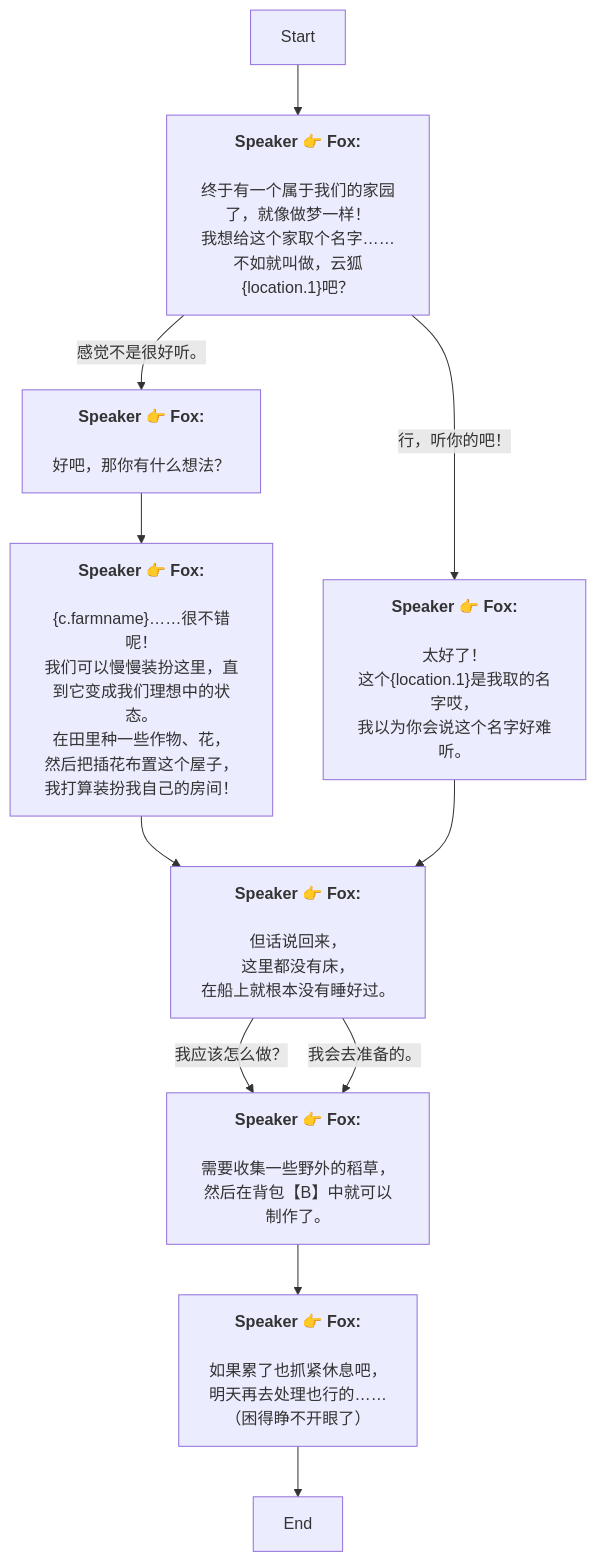
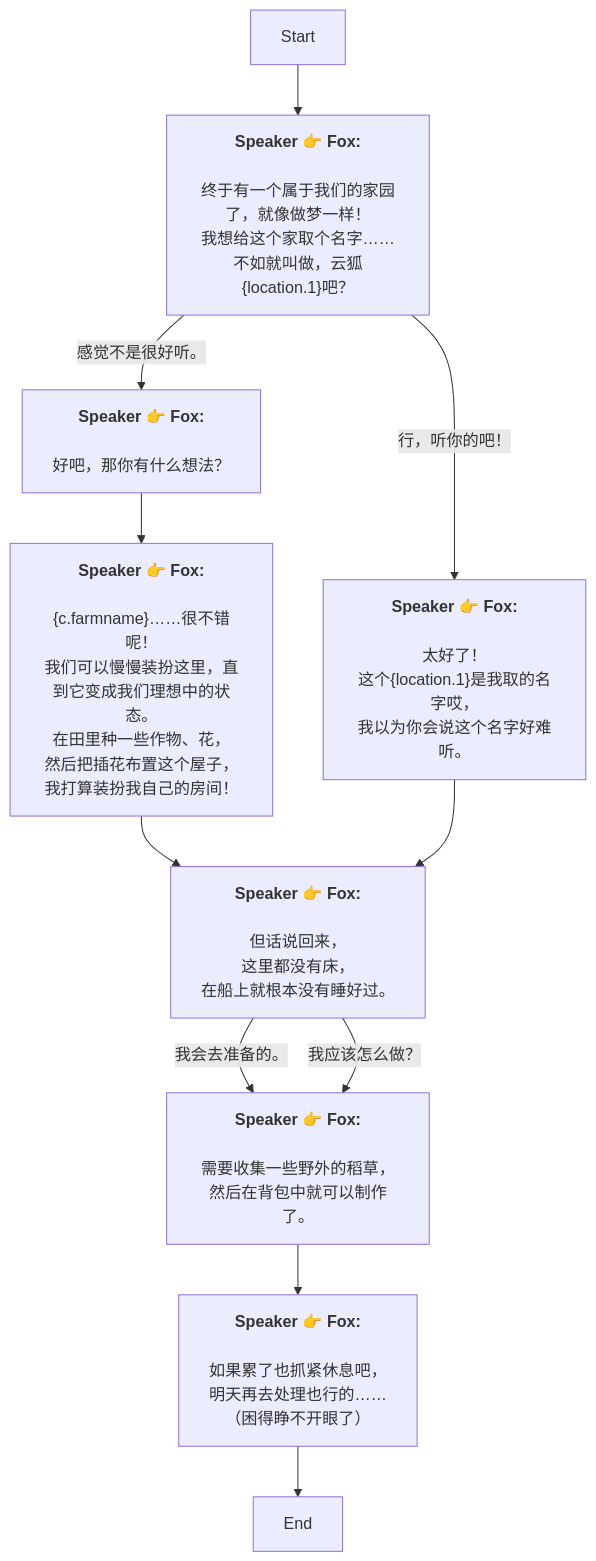
Before and after one commit to SoftHu/tos_avg: the diagram in Zh/QuestApproachDialogNode_1738387322740858.md, drawn with Mermaid. The commit also changed 780 other files, not shown here.

````diff
--- a/Zh/QuestApproachDialogNode_1738387322740858.md
+++ b/Zh/QuestApproachDialogNode_1738387322740858.md
@@ -1,37 +1,37 @@
 ```mermaid
 graph
 Start -->1738387958398078[<b>Speaker 👉 Fox:</b>
 \n终于有一个属于我们的家园了，就像做梦一样！
 我想给这个家取个名字……\n不如就叫做，云狐&lbrace;location.1&rbrace;吧？]
-1738387958398078 -->|感觉不是很好听。|1738388286156932[<b>Speaker 👉 Fox:</b>
-\n好吧，那你有什么想法？]
 1738387958398078 -->|行，听你的吧！|1738388341011589[<b>Speaker 👉 Fox:</b>
 \n太好了！
 这个&lbrace;location.1&rbrace;是我取的名字哎，
 我以为你会说这个名字好难听。]
+1738387958398078 -->|感觉不是很好听。|1738388286156932[<b>Speaker 👉 Fox:</b>
+\n好吧，那你有什么想法？]
 1738388286156932 -->1738995967017127[<b>Speaker 👉 Fox:</b>
 \n&lbrace;c.farmname&rbrace;……很不错呢！
 我们可以慢慢装扮这里，直到它变成我们理想中的状态。\n在田里种一些作物、花，
 然后把插花布置这个屋子，
 我打算装扮我自己的房间！]
 1738995967017127 -->1738388426918022[<b>Speaker 👉 Fox:</b>
 \n但话说回来，
 这里都没有床，
 在船上就根本没有睡好过。]
+1738388426918022 -->|我会去准备的。|1738388688796813[<b>Speaker 👉 Fox:</b>
+\n需要收集一些野外的稻草，
+然后在背包中就可以制作了。]
 1738388426918022 -->|我应该怎么做？|1738388688796813[<b>Speaker 👉 Fox:</b>
 \n需要收集一些野外的稻草，
-然后在背包【B】中就可以制作了。]
-1738388426918022 -->|我会去准备的。|1738388688796813[<b>Speaker 👉 Fox:</b>
-\n需要收集一些野外的稻草，
-然后在背包【B】中就可以制作了。]
+然后在背包中就可以制作了。]
 1738388688796813 -->1738388750465166[<b>Speaker 👉 Fox:</b>
 \n如果累了也抓紧休息吧，
 明天再去处理也行的……
 （困得睁不开眼了）]
 1738388750465166 -->1738387476879485[End]
 1738388341011589 -->1738388426918022[<b>Speaker 👉 Fox:</b>
 \n但话说回来，
 这里都没有床，
 在船上就根本没有睡好过。]
 
 ```
````
